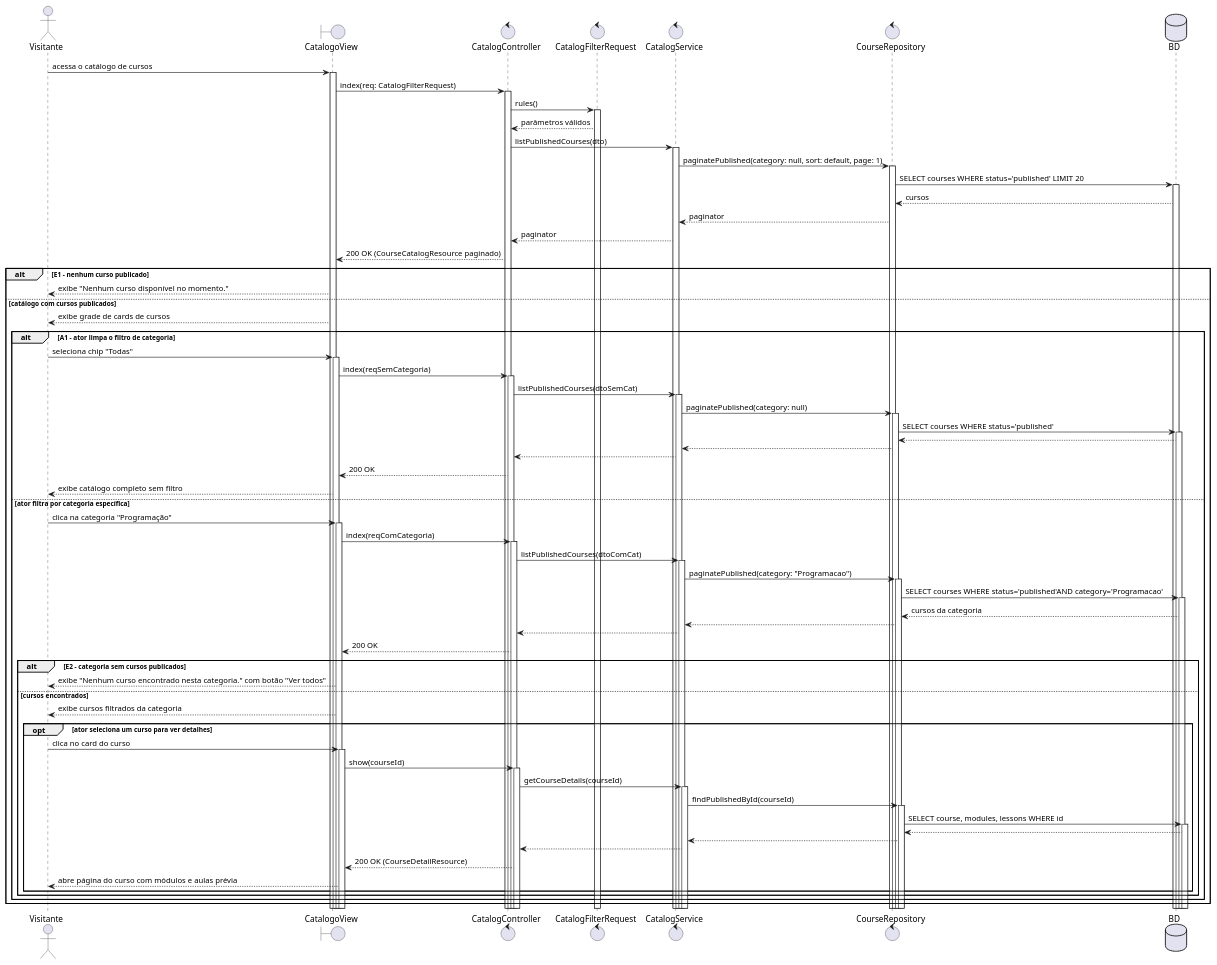
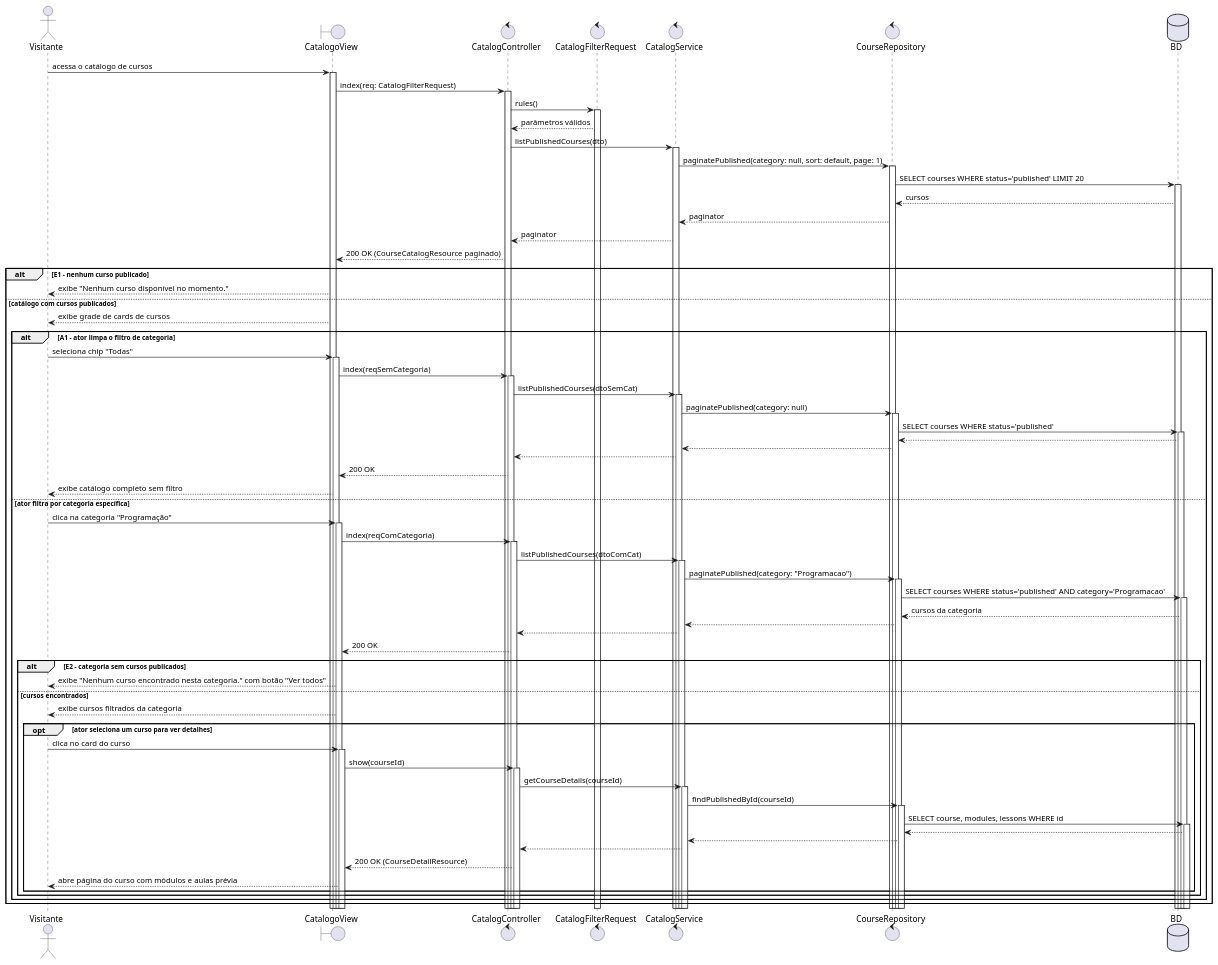
Before and after one commit to Plataforma-de-Cursos-TCC/plataforma-cursos-docs: the diagram in scripts/drawio-seqgen/exemplos/14-sequencia-uc020.puml, drawn with PlantUML.

Commit message:
fix(sequencia-uc020): add the missing space in the category filter query
The category branch of the UC020 sequence wrote status='published'AND,
a typo in the query text of the item 14 diagram. Restoring the space
makes that message match the other queries in the same diagram.

```diff
--- a/scripts/drawio-seqgen/exemplos/14-sequencia-uc020.puml
+++ b/scripts/drawio-seqgen/exemplos/14-sequencia-uc020.puml
@@ -3,64 +3,64 @@
 @startuml 14-sequencia-uc020
 actor Visitante as P0
 boundary CatalogoView
 control CatalogController
 control CatalogFilterRequest
 control CatalogService
 control CourseRepository
 database BD
 P0 -> CatalogoView ++ : acessa o catálogo de cursos
 CatalogoView -> CatalogController ++ : index(req: CatalogFilterRequest)
 CatalogController -> CatalogFilterRequest ++ : rules()
 CatalogFilterRequest --> CatalogController : parâmetros válidos
 CatalogController -> CatalogService ++ : listPublishedCourses(dto)
 CatalogService -> CourseRepository ++ : paginatePublished(category: null, sort: default, page: 1)
 CourseRepository -> BD ++ : SELECT courses WHERE status='published' LIMIT 20
 BD --> CourseRepository : cursos
 CourseRepository --> CatalogService : paginator
 CatalogService --> CatalogController : paginator
 CatalogController --> CatalogoView : 200 OK (CourseCatalogResource paginado)
 alt E1 - nenhum curso publicado
 CatalogoView --> P0 : exibe "Nenhum curso disponível no momento."
 else catálogo com cursos publicados
 CatalogoView --> P0 : exibe grade de cards de cursos
 alt A1 - ator limpa o filtro de categoria
 P0 -> CatalogoView ++ : seleciona chip "Todas"
 CatalogoView -> CatalogController ++ : index(reqSemCategoria)
 CatalogController -> CatalogService ++ : listPublishedCourses(dtoSemCat)
 CatalogService -> CourseRepository ++ : paginatePublished(category: null)
 CourseRepository -> BD ++ : SELECT courses WHERE status='published'
 BD --> CourseRepository
 CourseRepository --> CatalogService
 CatalogService --> CatalogController
 CatalogController --> CatalogoView : 200 OK
 CatalogoView --> P0 : exibe catálogo completo sem filtro
 else ator filtra por categoria específica
 P0 -> CatalogoView ++ : clica na categoria "Programação"
 CatalogoView -> CatalogController ++ : index(reqComCategoria)
 CatalogController -> CatalogService ++ : listPublishedCourses(dtoComCat)
 CatalogService -> CourseRepository ++ : paginatePublished(category: "Programacao")
-CourseRepository -> BD ++ : SELECT courses WHERE status='published'AND category='Programacao'
+CourseRepository -> BD ++ : SELECT courses WHERE status='published' AND category='Programacao'
 BD --> CourseRepository : cursos da categoria
 CourseRepository --> CatalogService
 CatalogService --> CatalogController
 CatalogController --> CatalogoView : 200 OK
 alt E2 - categoria sem cursos publicados
 CatalogoView --> P0 : exibe "Nenhum curso encontrado nesta categoria." com botão "Ver todos"
 else cursos encontrados
 CatalogoView --> P0 : exibe cursos filtrados da categoria
 opt ator seleciona um curso para ver detalhes
 P0 -> CatalogoView ++ : clica no card do curso
 CatalogoView -> CatalogController ++ : show(courseId)
 CatalogController -> CatalogService ++ : getCourseDetails(courseId)
 CatalogService -> CourseRepository ++ : findPublishedById(courseId)
 CourseRepository -> BD ++ : SELECT course, modules, lessons WHERE id
 BD --> CourseRepository
 CourseRepository --> CatalogService
 CatalogService --> CatalogController
 CatalogController --> CatalogoView : 200 OK (CourseDetailResource)
 CatalogoView --> P0 : abre página do curso com módulos e aulas prévia
 end
 end
 end
 end
 @enduml
```
